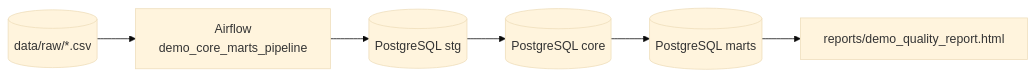
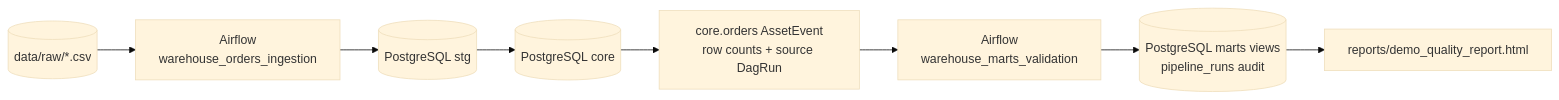
The second of 2 diagrams in docs/ARCHITECTURE.md (sergeishaikin/de_practicum_demo), drawn with Mermaid (base theme) before and after one commit. The commit also changed other lines of this file and 15 other files, not shown here.

Commit message:
docs(02-01): document Asset-orchestrated batch flow

````diff
--- a/docs/ARCHITECTURE.md
+++ b/docs/ARCHITECTURE.md
@@ -31,8 +31,10 @@
 ```mermaid
 graph LR
-  CSV[(data/raw/*.csv)] --> AIR[Airflow<br/>demo_core_marts_pipeline]
-  AIR --> STG[(PostgreSQL stg)]
+  CSV[(data/raw/*.csv)] --> ING[Airflow<br/>warehouse_orders_ingestion]
+  ING --> STG[(PostgreSQL stg)]
   STG --> CORE[(PostgreSQL core)]
-  CORE --> MARTS[(PostgreSQL marts)]
+  CORE --> ASSET[core.orders AssetEvent<br/>row counts + source DagRun]
+  ASSET --> VALIDATE[Airflow<br/>warehouse_marts_validation]
+  VALIDATE --> MARTS[(PostgreSQL marts views<br/>pipeline_runs audit)]
   MARTS --> REPORT[reports/demo_quality_report.html]
 ```
````
